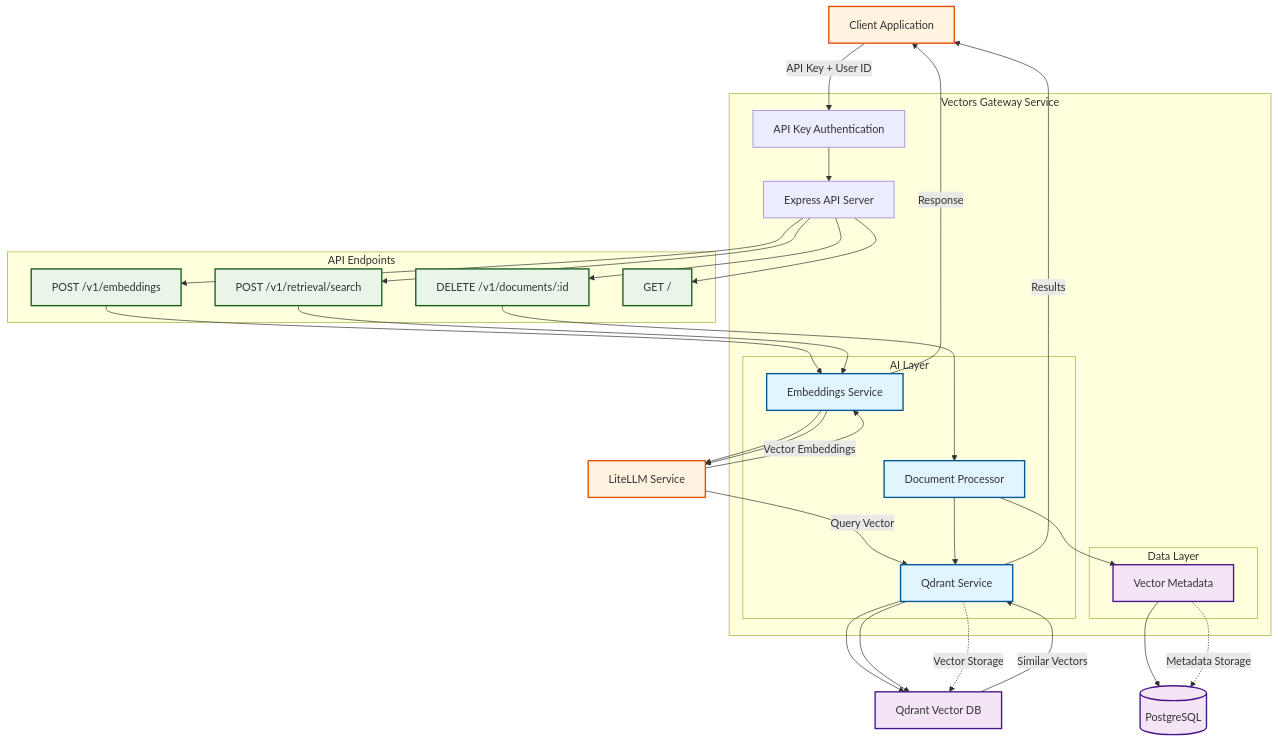
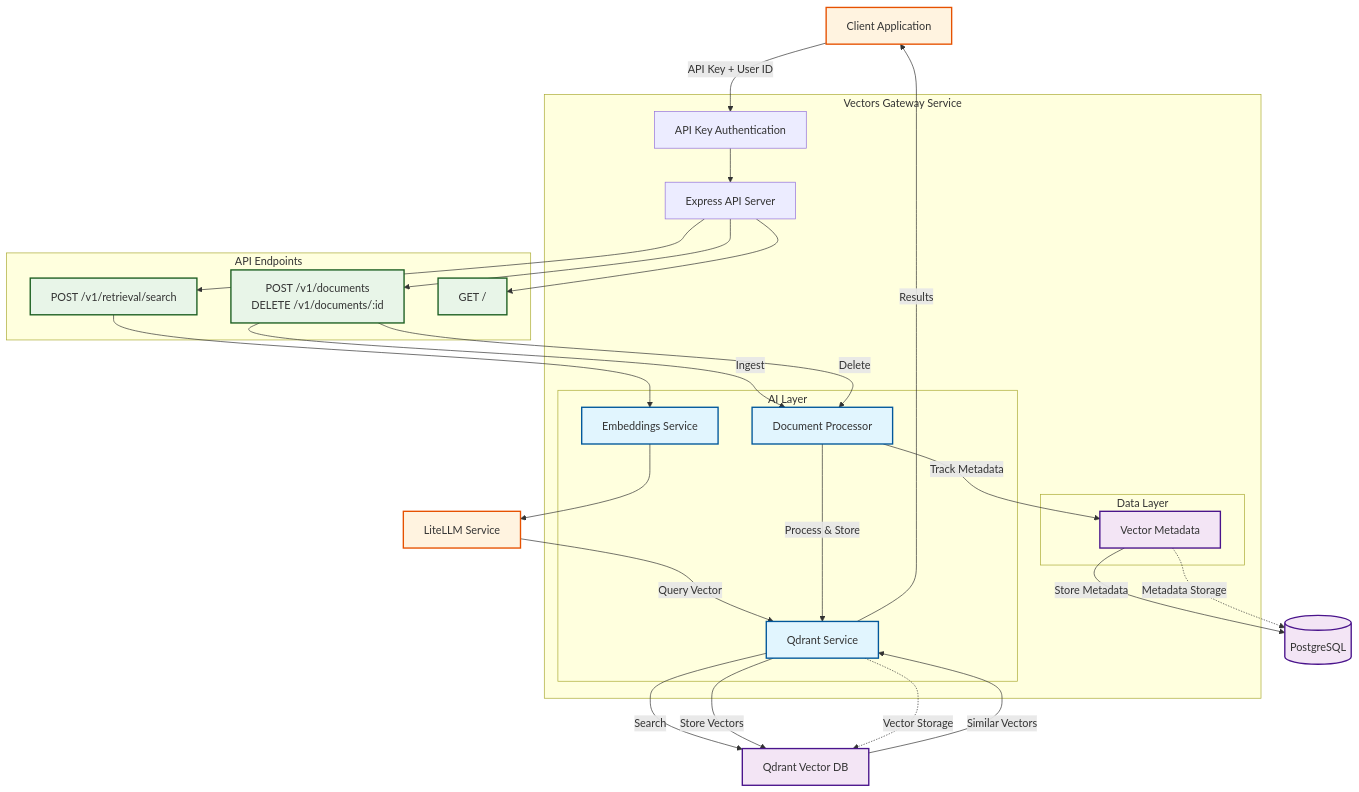
The diagram in README.md (url4irl/vectors-gateway), drawn with Mermaid before and after one commit. The commit also changed other lines of this file and 15 other files, not shown here.

````diff
--- a/README.md
+++ b/README.md
@@ -18,78 +18,72 @@
 ```mermaid
 graph TB
     %% External Services
     Client[Client Application]
     LiteLLM[LiteLLM Service]
     Qdrant[Qdrant Vector DB]
     PostgreSQL[(PostgreSQL)]
     
     %% Vectors Gateway Service
     subgraph "Vectors Gateway Service"
         API[Express API Server]
         Auth[API Key Authentication]
         
         subgraph "AI Layer"
             Embeddings[Embeddings Service]
             QdrantService[Qdrant Service]
             DocumentProcessor[Document Processor]
         end
         
         subgraph "Data Layer"
             Metadata[Vector Metadata]
         end
     end
     
     %% API Endpoints
     subgraph "API Endpoints"
-        EmbeddingsAPI[POST /v1/embeddings]
         RetrievalAPI[POST /v1/retrieval/search]
-        DocumentsAPI[DELETE /v1/documents/:id]
+        DocumentsAPI[POST /v1/documents<br/>DELETE /v1/documents/:id]
         HealthAPI[GET /]
     end
     
     %% Client Interactions
     Client -->|API Key + User ID| Auth
     Auth --> API
     
     %% API Routing
-    API --> EmbeddingsAPI
     API --> RetrievalAPI
     API --> DocumentsAPI
     API --> HealthAPI
     
-    %% Embeddings Flow (Direct API)
-    EmbeddingsAPI --> Embeddings
-    Embeddings --> LiteLLM
-    LiteLLM -->|Vector Embeddings| Embeddings
-    Embeddings -->|Response| Client
     
-    %% Retrieval Flow (Direct API)
+    %% Retrieval Flow (Search)
     RetrievalAPI --> Embeddings
     Embeddings --> LiteLLM
     LiteLLM -->|Query Vector| QdrantService
-    QdrantService --> Qdrant
+    QdrantService -->|Search| Qdrant
     Qdrant -->|Similar Vectors| QdrantService
     QdrantService -->|Results| Client
     
-    %% Document Management Flow (Document Processor)
-    DocumentsAPI --> DocumentProcessor
-    DocumentProcessor --> QdrantService
-    DocumentProcessor --> Metadata
-    QdrantService --> Qdrant
-    Metadata --> PostgreSQL
+    %% Document Management Flow
+    DocumentsAPI -->|Ingest| DocumentProcessor
+    DocumentsAPI -->|Delete| DocumentProcessor
+    DocumentProcessor -->|Process & Store| QdrantService
+    DocumentProcessor -->|Track Metadata| Metadata
+    QdrantService -->|Store Vectors| Qdrant
+    Metadata -->|Store Metadata| PostgreSQL
     
     %% Data Storage
     QdrantService -.->|Vector Storage| Qdrant
     Metadata -.->|Metadata Storage| PostgreSQL
     
     %% Styling
     classDef service fill:#e1f5fe,stroke:#01579b,stroke-width:2px
     classDef database fill:#f3e5f5,stroke:#4a148c,stroke-width:2px
     classDef api fill:#e8f5e8,stroke:#1b5e20,stroke-width:2px
     classDef external fill:#fff3e0,stroke:#e65100,stroke-width:2px
     
     class Embeddings,QdrantService,DocumentProcessor service
     class Qdrant,PostgreSQL,Metadata database
-    class EmbeddingsAPI,RetrievalAPI,DocumentsAPI,HealthAPI api
+    class RetrievalAPI,DocumentsAPI,HealthAPI api
     class Client,LiteLLM external
 ```
````
